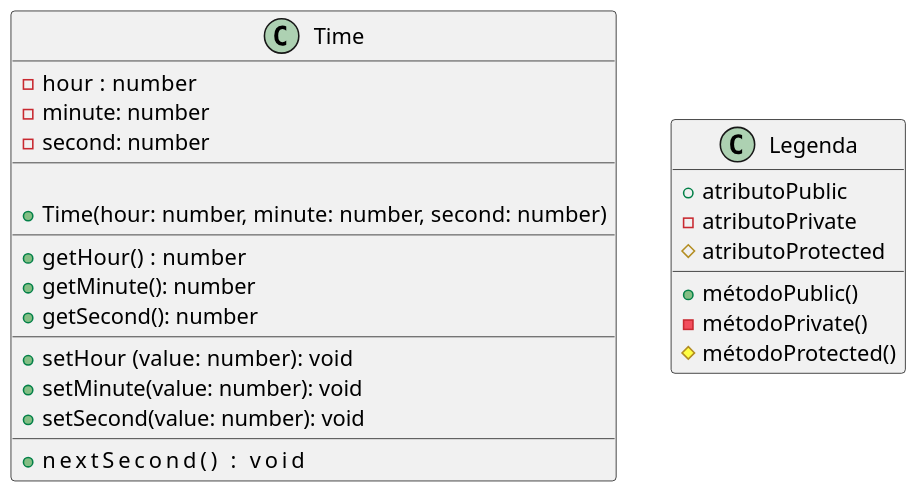
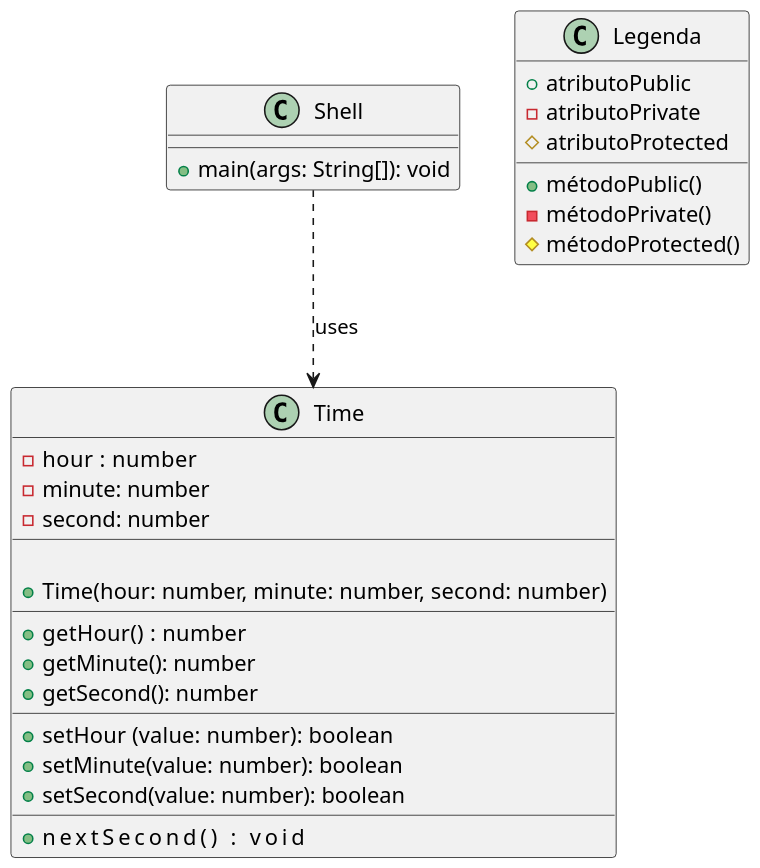
The diagram in labs/relogio/assets/diagrama.puml (qxcodepoo/arcade), drawn with PlantUML before and after one commit. The commit also changed 2 other files, not shown here.

```diff
--- a/labs/relogio/assets/diagrama.puml
+++ b/labs/relogio/assets/diagrama.puml
@@ -1,36 +1,42 @@
 @startuml
 
 skinparam defaultFontName "Source Code Pro"
 skinparam dpi 150
 
 
 class Time {
   - hour  : number
   - minute: number
   - second: number
   __
   
   + Time(hour: number, minute: number, second: number)
   __
   + getHour()  : number
   + getMinute(): number
   + getSecond(): number
   __
-  + setHour  (value: number): void
-  + setMinute(value: number): void
-  + setSecond(value: number): void
+  + setHour  (value: number): boolean
+  + setMinute(value: number): boolean
+  + setSecond(value: number): boolean
   __
   + nextSecond()             : void
 }
+
+class Shell {
+  + main(args: String[]): void
+}
+
+Shell ..> Time : uses
 
 class Legenda {
   + atributoPublic
   - atributoPrivate
   # atributoProtected
   __
   + métodoPublic()
   - métodoPrivate()
   # métodoProtected()
 }
 
 @enduml
```
